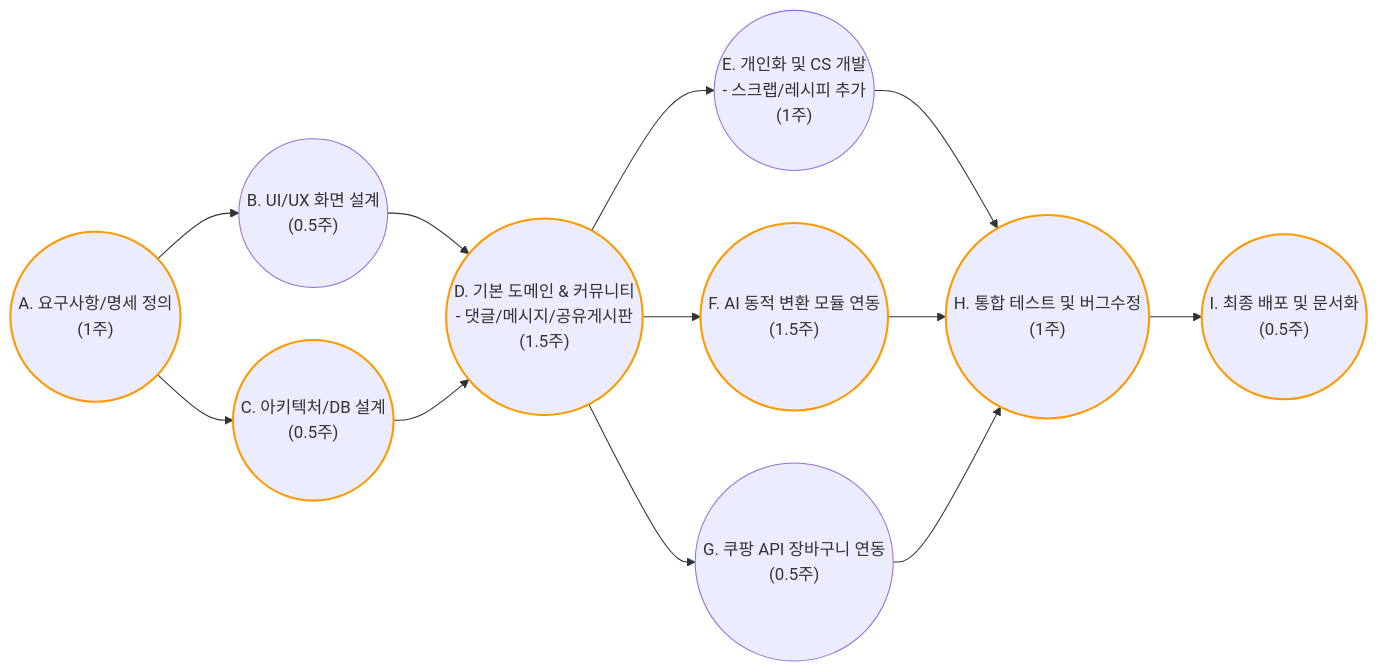
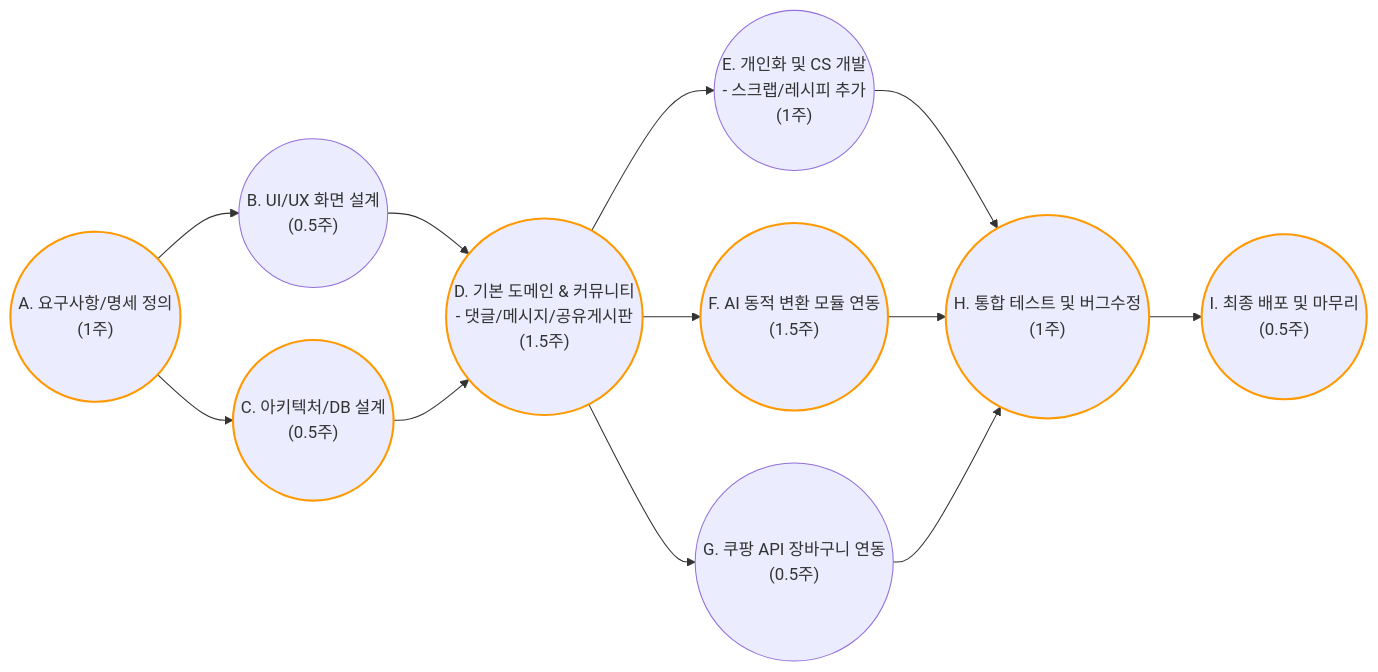
One commit to kimmkyujin/SW_Engineering changed the diagram in Project Management.md. Above: the diagram before and after it, drawn with Mermaid. The commit also changed other lines of this file, not shown here.

````diff
--- a/Project Management.md
+++ b/Project Management.md
@@ -119,34 +120,34 @@
 ```mermaid
 flowchart LR
     %% 노드 정의 (작업명 및 1인 개발 기준 예상 소요 기간)
     A(("A. 요구사항/명세 정의<br>(1주)"))
     B(("B. UI/UX 화면 설계<br>(0.5주)"))
     C(("C. 아키텍처/DB 설계<br>(0.5주)"))
     D(("D. 기본 도메인 & 커뮤니티<br>- 댓글/메시지/공유게시판<br>(1.5주)"))
     E(("E. 개인화 및 CS 개발<br>- 스크랩/레시피 추가<br>(1주)"))
     F(("F. AI 동적 변환 모듈 연동<br>(1.5주)"))
     G(("G. 쿠팡 API 장바구니 연동<br>(0.5주)"))
     H(("H. 통합 테스트 및 버그수정<br>(1주)"))
-    I(("I. 최종 배포 및 문서화<br>(0.5주)"))
+    I(("I. 최종 배포 및 마무리<br>(0.5주)"))
 
     %% 작업 선행/후행 의존성 연결
     A --> B
     A --> C
     B --> D
     C --> D
     D --> E
     D --> F
     D --> G
     E --> H
     F --> H
     G --> H
     H --> I
     
     %% 스타일링 (단독 개발 핵심 경로 강조)
     style A stroke:#ff9900,stroke-width:2px
     style C stroke:#ff9900,stroke-width:2px
     style D stroke:#ff9900,stroke-width:2px
     style F stroke:#ff9900,stroke-width:2px
     style H stroke:#ff9900,stroke-width:2px
     style I stroke:#ff9900,stroke-width:2px
 ```
````
